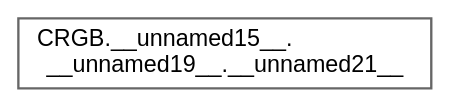
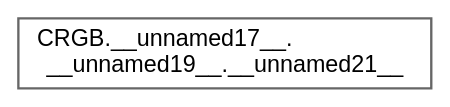
Before and after one commit to mcx/FastLED: the diagram in docs/inherit_graph_40.dot, drawn with Graphviz. The commit also changed 1563 other files, not shown here.

```diff
--- a/docs/inherit_graph_40.dot
+++ b/docs/inherit_graph_40.dot
@@ -1,9 +1,9 @@
 digraph "Graphical Class Hierarchy"
 {
  // LATEX_PDF_SIZE
   bgcolor="transparent";
   edge [fontname=Helvetica,fontsize=10,labelfontname=Helvetica,labelfontsize=10];
   node [fontname=Helvetica,fontsize=10,shape=box,height=0.2,width=0.4];
   rankdir="LR";
-  Node0 [id="Node000000",label="CRGB.__unnamed15__.\l__unnamed19__.__unnamed21__",height=0.2,width=0.4,color="grey40", fillcolor="white", style="filled",URL="$db/d87/group___pixel_types.html#df/dba/union_c_r_g_b_8____unnamed15_____8____unnamed19_____8____unnamed21____",tooltip=" "];
+  Node0 [id="Node000000",label="CRGB.__unnamed17__.\l__unnamed19__.__unnamed21__",height=0.2,width=0.4,color="grey40", fillcolor="white", style="filled",URL="$db/d87/group___pixel_types.html#de/de4/union_c_r_g_b_8____unnamed17_____8____unnamed19_____8____unnamed21____",tooltip=" "];
 }
```
